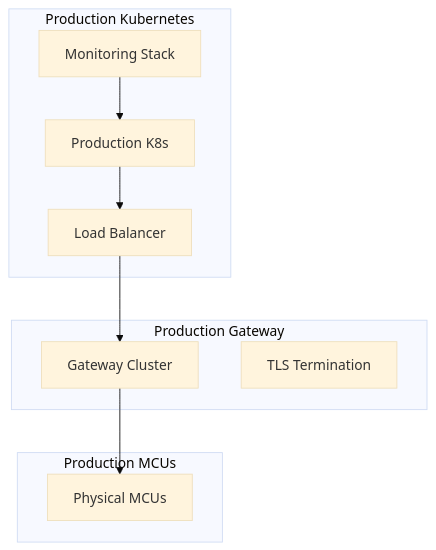
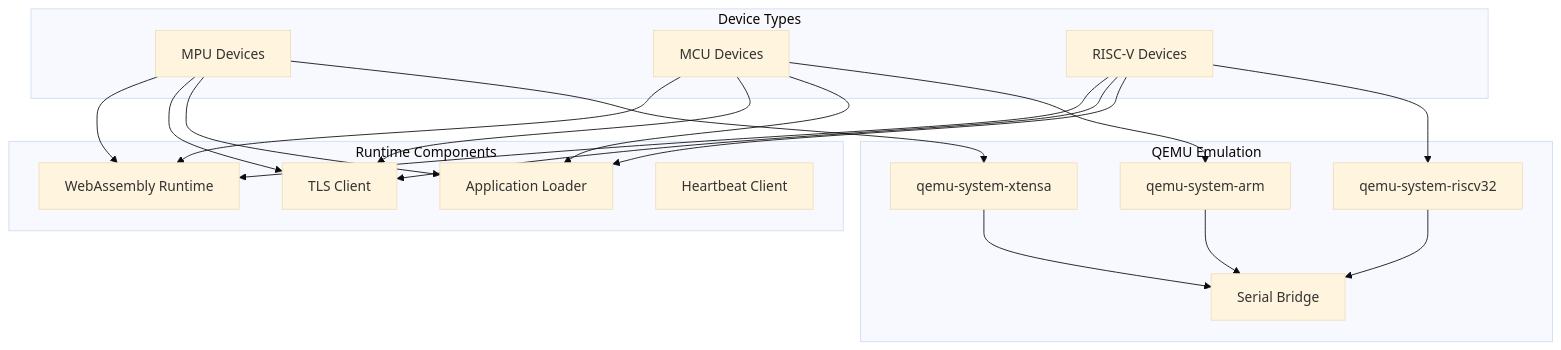
Before and after one commit to lucadagati/retrospect: the fourth of 4 diagrams in docs/architecture/system-overview.md, drawn with Mermaid (base theme). The commit also changed other lines of this file and 132 other files, not shown here.

First line of the commit message:
Complete documentation overhaul with Mermaid diagrams

````diff
--- a/docs/architecture/system-overview.md
+++ b/docs/architecture/system-overview.md
@@ -354,22 +229,42 @@
 ```mermaid
 graph TB
-    subgraph "Production Kubernetes"
-        K8S_PROD[Production K8s]
-        LOAD_BALANCER[Load Balancer]
-        MONITORING[Monitoring Stack]
+    subgraph "Device Types"
+        MPU[MPU Devices]
+        MCU[MCU Devices]
+        RISCV[RISC-V Devices]
     end
     
-    subgraph "Production Gateway"
-        GW_PROD[Gateway Cluster]
-        TLS_PROD[TLS Termination]
+    subgraph "Runtime Components"
+        WASM_RT[WebAssembly Runtime]
+        TLS_CLI[TLS Client]
+        APP_LOADER[Application Loader]
+        HB_CLIENT[Heartbeat Client]
     end
     
-    subgraph "Production MCUs"
-        MCU_PROD[Physical MCUs]
+    subgraph "QEMU Emulation"
+        QEMU_RISCV[qemu-system-riscv32]
+        QEMU_ARM[qemu-system-arm]
+        QEMU_XTENSA[qemu-system-xtensa]
+        SERIAL_BRIDGE[Serial Bridge]
     end
     
-    K8S_PROD --> LOAD_BALANCER
-    LOAD_BALANCER --> GW_PROD
-    GW_PROD --> MCU_PROD
-    MONITORING --> K8S_PROD
+    MPU --> WASM_RT
+    MCU --> WASM_RT
+    RISCV --> WASM_RT
+    
+    MPU --> TLS_CLI
+    MCU --> TLS_CLI
+    RISCV --> TLS_CLI
+    
+    MPU --> APP_LOADER
+    MCU --> APP_LOADER
+    RISCV --> APP_LOADER
+    
+    RISCV --> QEMU_RISCV
+    MCU --> QEMU_ARM
+    MPU --> QEMU_XTENSA
+    
+    QEMU_RISCV --> SERIAL_BRIDGE
+    QEMU_ARM --> SERIAL_BRIDGE
+    QEMU_XTENSA --> SERIAL_BRIDGE
 ```
````
